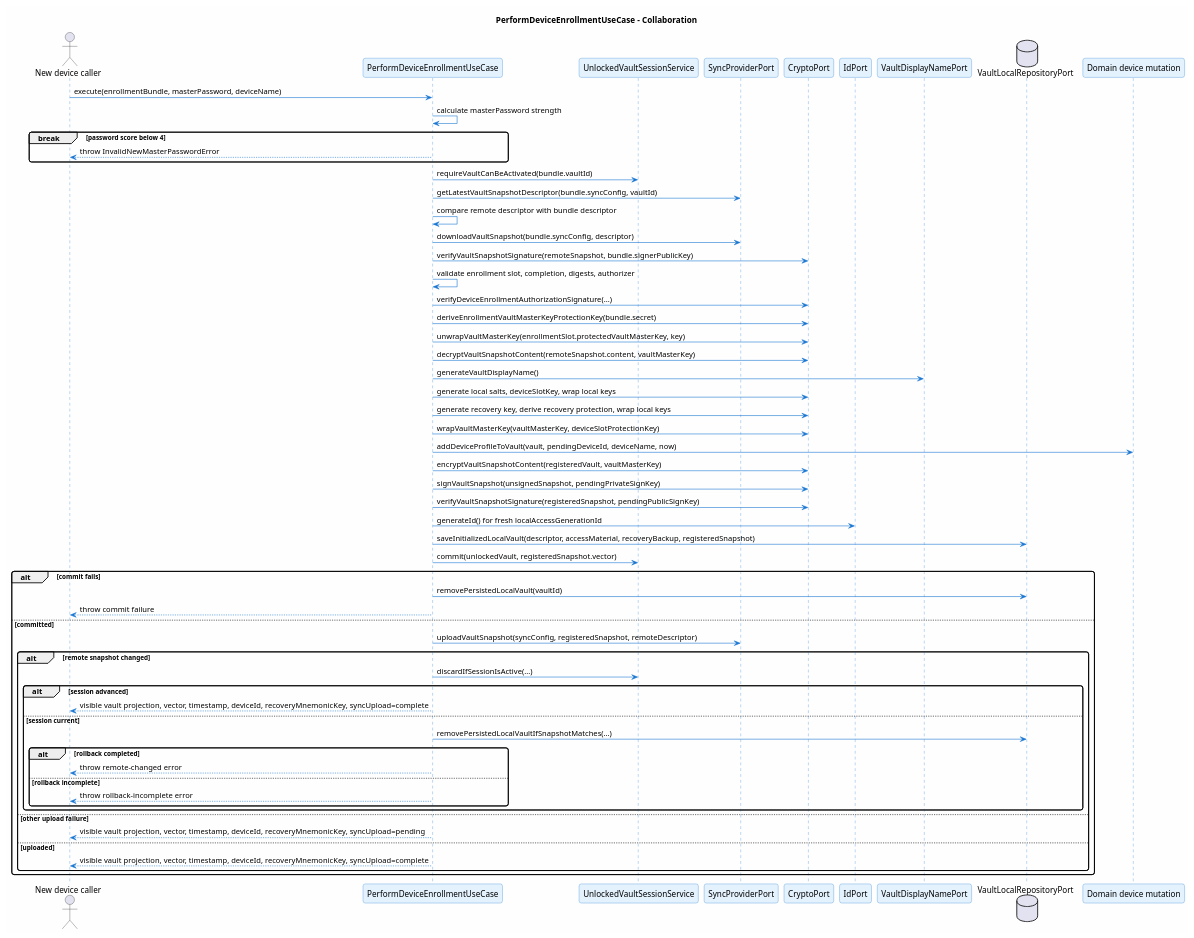
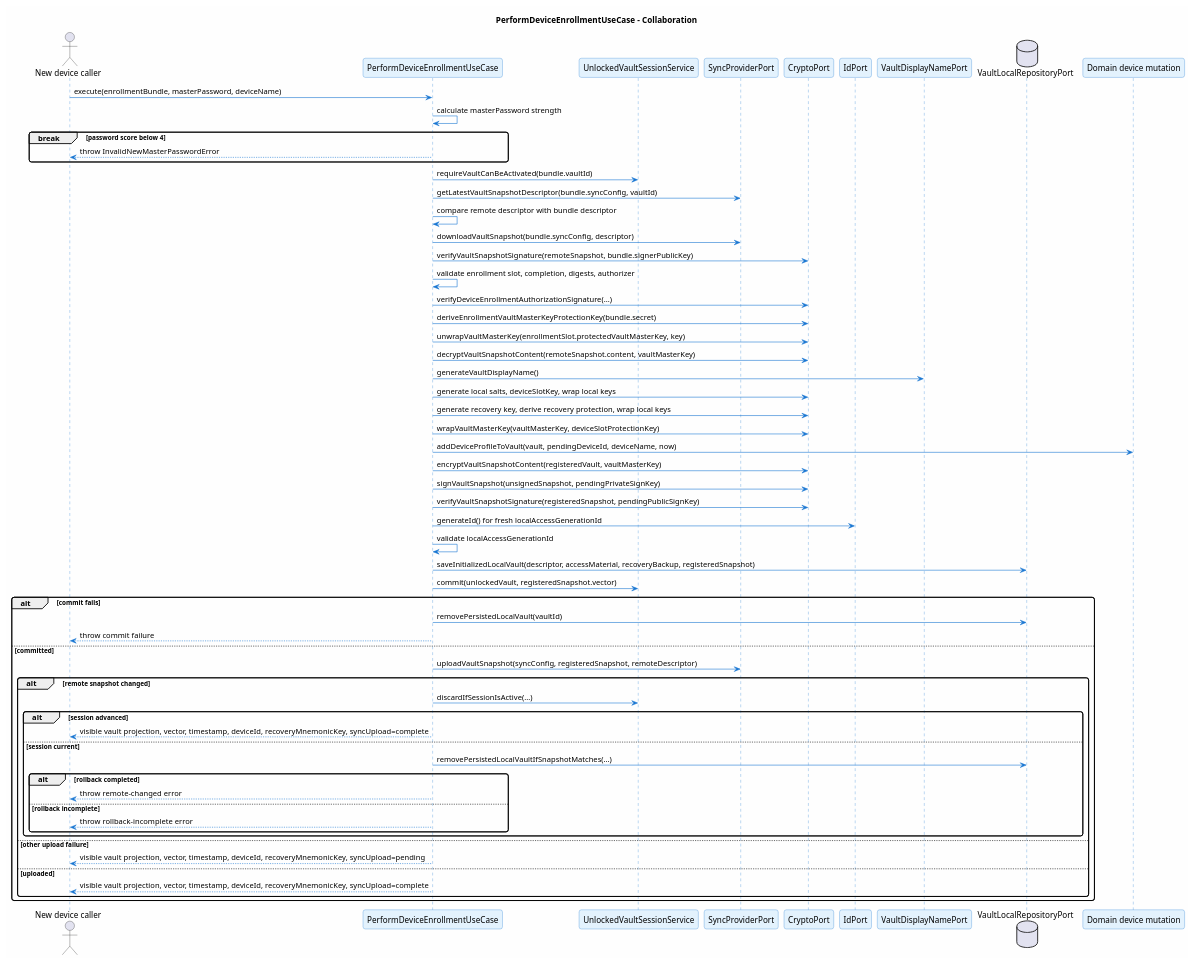
Before and after one commit to ArionStudio/engr-serverless-pm: the diagram in docs/v1/use-case/device-trust/perform-device-enrollment.sequence.puml, drawn with PlantUML. The commit also changed 25 other files, not shown here.

```diff
--- a/docs/v1/use-case/device-trust/perform-device-enrollment.sequence.puml
+++ b/docs/v1/use-case/device-trust/perform-device-enrollment.sequence.puml
@@ -1,74 +1,75 @@
 @startuml perform-device-enrollment-sequence
 title PerformDeviceEnrollmentUseCase - Collaboration
 
 skinparam backgroundColor #FEFEFE
 skinparam roundcorner 8
 skinparam shadowing false
 skinparam sequence {
   ArrowColor #1976D2
   LifeLineBorderColor #1976D2
   ParticipantBackgroundColor #E3F2FD
   ParticipantBorderColor #1976D2
 }
 
 actor "New device caller" as Caller
 participant "PerformDeviceEnrollmentUseCase" as UC
 participant "UnlockedVaultSessionService" as Session
 participant "SyncProviderPort" as Sync
 participant "CryptoPort" as Crypto
 participant "IdPort" as Ids
 participant "VaultDisplayNamePort" as Names
 database "VaultLocalRepositoryPort" as LocalRepo
 participant "Domain device mutation" as Domain
 
 Caller -> UC : execute(enrollmentBundle, masterPassword, deviceName)
 UC -> UC : calculate masterPassword strength
 break password score below 4
   UC --> Caller : throw InvalidNewMasterPasswordError
 end
 UC -> Session : requireVaultCanBeActivated(bundle.vaultId)
 UC -> Sync : getLatestVaultSnapshotDescriptor(bundle.syncConfig, vaultId)
 UC -> UC : compare remote descriptor with bundle descriptor
 UC -> Sync : downloadVaultSnapshot(bundle.syncConfig, descriptor)
 UC -> Crypto : verifyVaultSnapshotSignature(remoteSnapshot, bundle.signerPublicKey)
 UC -> UC : validate enrollment slot, completion, digests, authorizer
 UC -> Crypto : verifyDeviceEnrollmentAuthorizationSignature(...)
 UC -> Crypto : deriveEnrollmentVaultMasterKeyProtectionKey(bundle.secret)
 UC -> Crypto : unwrapVaultMasterKey(enrollmentSlot.protectedVaultMasterKey, key)
 UC -> Crypto : decryptVaultSnapshotContent(remoteSnapshot.content, vaultMasterKey)
 UC -> Names : generateVaultDisplayName()
 UC -> Crypto : generate local salts, deviceSlotKey, wrap local keys
 UC -> Crypto : generate recovery key, derive recovery protection, wrap local keys
 UC -> Crypto : wrapVaultMasterKey(vaultMasterKey, deviceSlotProtectionKey)
 UC -> Domain : addDeviceProfileToVault(vault, pendingDeviceId, deviceName, now)
 UC -> Crypto : encryptVaultSnapshotContent(registeredVault, vaultMasterKey)
 UC -> Crypto : signVaultSnapshot(unsignedSnapshot, pendingPrivateSignKey)
 UC -> Crypto : verifyVaultSnapshotSignature(registeredSnapshot, pendingPublicSignKey)
 UC -> Ids : generateId() for fresh localAccessGenerationId
+UC -> UC : validate localAccessGenerationId
 UC -> LocalRepo : saveInitializedLocalVault(descriptor, accessMaterial, recoveryBackup, registeredSnapshot)
 UC -> Session : commit(unlockedVault, registeredSnapshot.vector)
 alt commit fails
   UC -> LocalRepo : removePersistedLocalVault(vaultId)
   UC --> Caller : throw commit failure
 else committed
   UC -> Sync : uploadVaultSnapshot(syncConfig, registeredSnapshot, remoteDescriptor)
   alt remote snapshot changed
     UC -> Session : discardIfSessionIsActive(...)
     alt session advanced
       UC --> Caller : visible vault projection, vector, timestamp, deviceId, recoveryMnemonicKey, syncUpload=complete
     else session current
       UC -> LocalRepo : removePersistedLocalVaultIfSnapshotMatches(...)
       alt rollback completed
         UC --> Caller : throw remote-changed error
       else rollback incomplete
         UC --> Caller : throw rollback-incomplete error
       end
     end
   else other upload failure
     UC --> Caller : visible vault projection, vector, timestamp, deviceId, recoveryMnemonicKey, syncUpload=pending
   else uploaded
     UC --> Caller : visible vault projection, vector, timestamp, deviceId, recoveryMnemonicKey, syncUpload=complete
   end
 end
 
 @enduml
```
